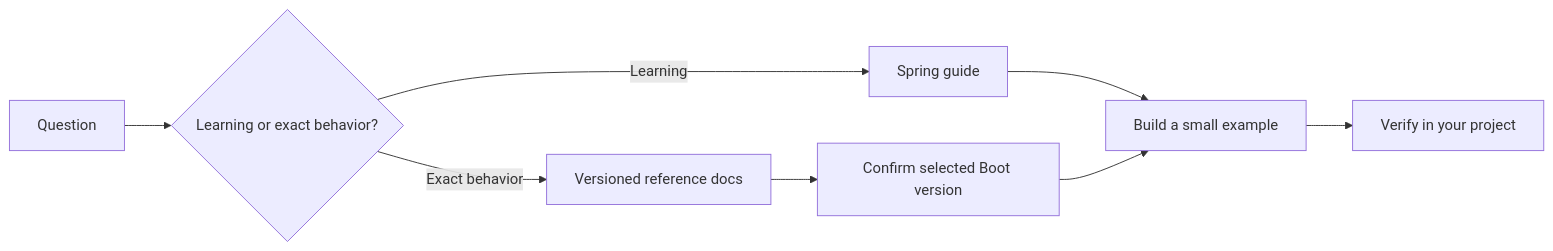
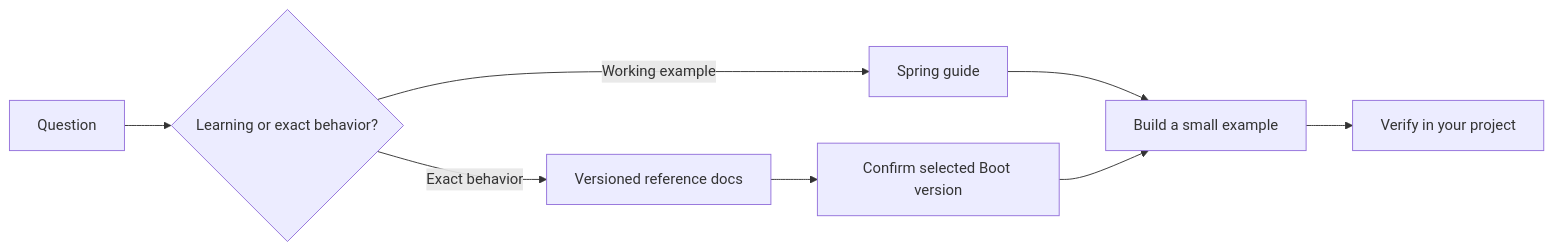
The diagram in docs/official-references.md (SidheshwarSarangal/spring-boot-project-blueprint), drawn with Mermaid before and after one commit. The commit also changed other lines of this file and 17 other files, not shown here.

````diff
--- a/docs/official-references.md
+++ b/docs/official-references.md
@@ -39,10 +39,10 @@
 ```mermaid
 flowchart LR
     Question["Question"] --> Guide{"Learning or exact behavior?"}
-    Guide -->|"Learning"| Start["Spring guide"]
+    Guide -->|"Working example"| Start["Spring guide"]
     Guide -->|"Exact behavior"| Reference["Versioned reference docs"]
     Reference --> Version["Confirm selected Boot version"]
     Start --> Code["Build a small example"]
     Version --> Code
     Code --> Test["Verify in your project"]
 ```
````
